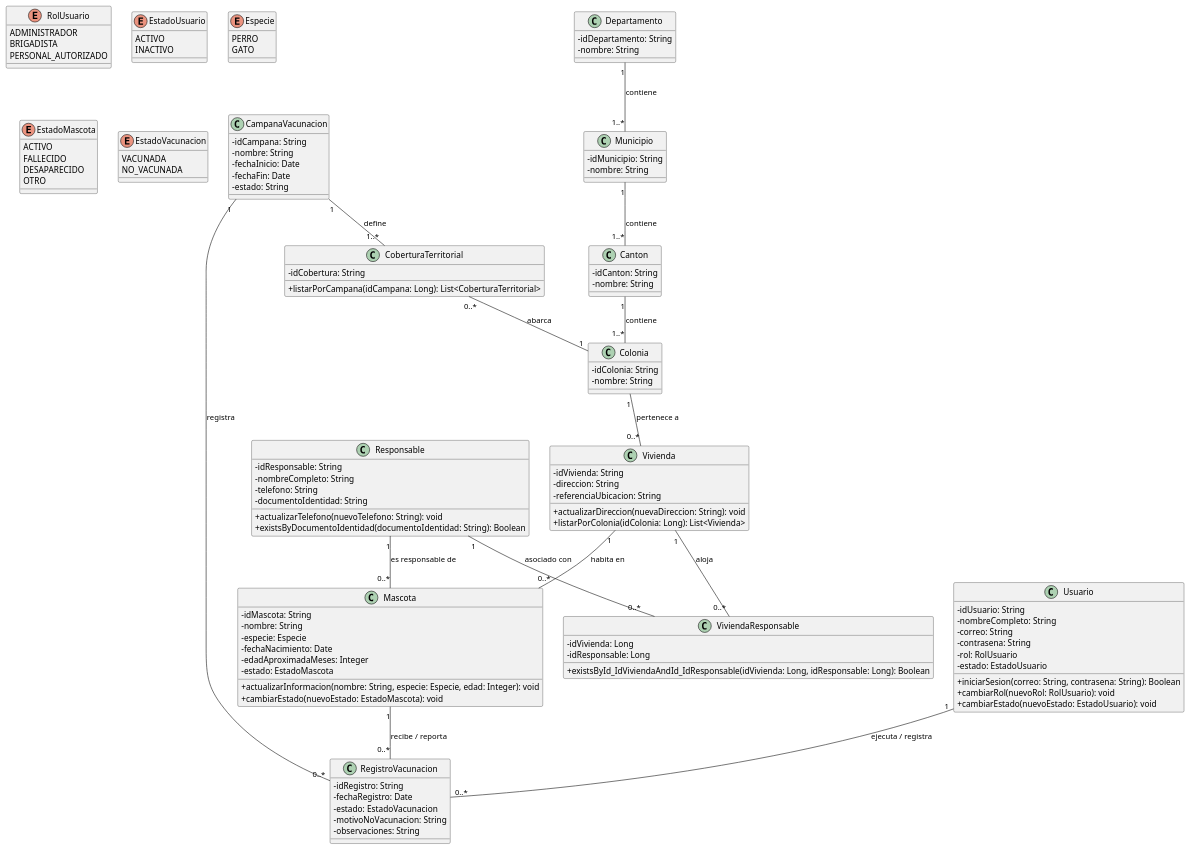
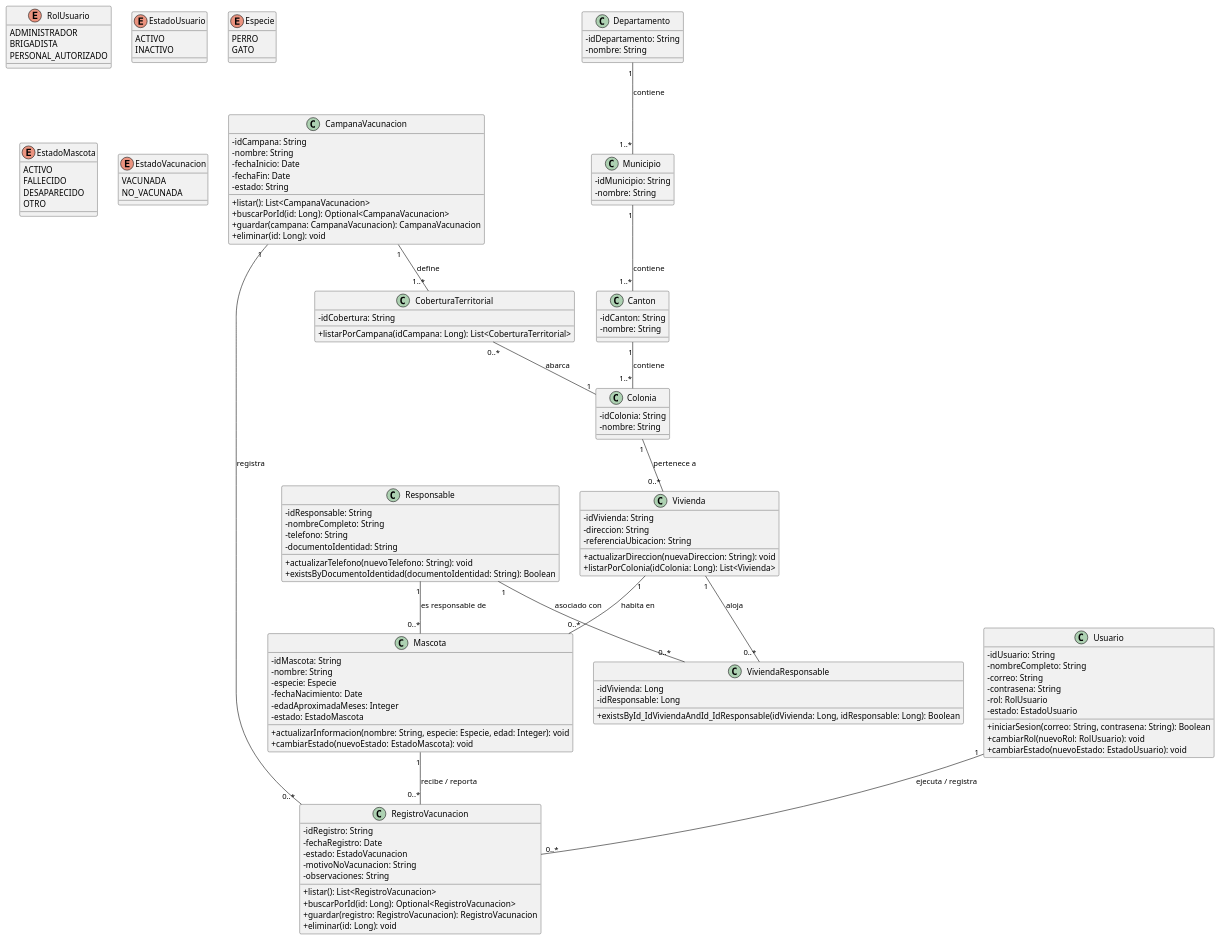
Before and after one commit to Alfredo2809/SISTEMA-DE-VACUNACION-ANIMAL: the diagram in src/main/Diagramas/Clases.puml, drawn with PlantUML.

Commit message:
VAC-21: Hector Anthony: Agregar metodos de Service en Clases.puml para CampanaVacunacion y RegistroVacunacion

```diff
--- a/src/main/Diagramas/Clases.puml
+++ b/src/main/Diagramas/Clases.puml
@@ -1,119 +1,128 @@
 @startuml
 skinparam classAttributeIconSize 0
 ' Enums (Valores en UPPER_SNAKE_CASE)
 enum RolUsuario {
   ADMINISTRADOR
   BRIGADISTA
   PERSONAL_AUTORIZADO
 }
 enum EstadoUsuario {
   ACTIVO
   INACTIVO
 }
 enum Especie {
   PERRO
   GATO
 }
 enum EstadoMascota {
   ACTIVO
   FALLECIDO
   DESAPARECIDO
   OTRO
 }
 ' Nuevo enumerador para clasificar el estado de la vacunación
 enum EstadoVacunacion {
   VACUNADA
   NO_VACUNADA
 }
 ' Clases Principales (UpperCamelCase)
 class CampanaVacunacion {
   - idCampana: String
   - nombre: String
   - fechaInicio: Date
   - fechaFin: Date
   - estado: String
+  + listar(): List<CampanaVacunacion>
+    + buscarPorId(id: Long): Optional<CampanaVacunacion>
+    + guardar(campana: CampanaVacunacion): CampanaVacunacion
+    + eliminar(id: Long): void
 }
 class CoberturaTerritorial {
   - idCobertura: String
   + listarPorCampana(idCampana: Long): List<CoberturaTerritorial>
 }
 class Departamento {
   - idDepartamento: String
   - nombre: String
 }
 class Municipio {
   - idMunicipio: String
   - nombre: String
 }
 class Canton {
   - idCanton: String
   - nombre: String
 }
 class Colonia {
   - idColonia: String
   - nombre: String
 }
 class Vivienda {
   - idVivienda: String
   - direccion: String
   - referenciaUbicacion: String
   + actualizarDireccion(nuevaDireccion: String): void
   + listarPorColonia(idColonia: Long): List<Vivienda>
 }
 class Responsable {
   - idResponsable: String
   - nombreCompleto: String
   - telefono: String
   - documentoIdentidad: String
   + actualizarTelefono(nuevoTelefono: String): void
   + existsByDocumentoIdentidad(documentoIdentidad: String): Boolean
 }
 class ViviendaResponsable {
   - idVivienda: Long
   - idResponsable: Long
   + existsById_IdViviendaAndId_IdResponsable(idVivienda: Long, idResponsable: Long): Boolean
 }
 class Mascota {
   - idMascota: String
   - nombre: String
   - especie: Especie
   - fechaNacimiento: Date
   - edadAproximadaMeses: Integer
   - estado: EstadoMascota
   + actualizarInformacion(nombre: String, especie: Especie, edad: Integer): void
   + cambiarEstado(nuevoEstado: EstadoMascota): void
 }
 class Usuario {
   - idUsuario: String
   - nombreCompleto: String
   - correo: String
   - contrasena: String
   - rol: RolUsuario
   - estado: EstadoUsuario
   + iniciarSesion(correo: String, contrasena: String): Boolean
   + cambiarRol(nuevoRol: RolUsuario): void
   + cambiarEstado(nuevoEstado: EstadoUsuario): void
 }
 ' Clase unificada para los registros
 class RegistroVacunacion {
   - idRegistro: String
   - fechaRegistro: Date
   - estado: EstadoVacunacion
   - motivoNoVacunacion: String
   - observaciones: String
+  + listar(): List<RegistroVacunacion>
+    + buscarPorId(id: Long): Optional<RegistroVacunacion>
+    + guardar(registro: RegistroVacunacion): RegistroVacunacion
+    + eliminar(id: Long): void
 }
+
 ' Relaciones y Jerarquías
 Departamento "1" -- "1..*" Municipio : contiene
 Municipio "1" -- "1..*" Canton : contiene
 Canton "1" -- "1..*" Colonia : contiene
 Colonia "1" -- "0..*" Vivienda : pertenece a
 Vivienda "1" -- "0..*" Mascota : habita en
 Responsable "1" -- "0..*" Mascota : es responsable de
 Responsable "1" -- "0..*" ViviendaResponsable : asociado con
 Vivienda "1" -- "0..*" ViviendaResponsable : aloja
 CampanaVacunacion "1" -- "1..*" CoberturaTerritorial : define
 CoberturaTerritorial "0..*" -- "1" Colonia : abarca
 Usuario "1" -- "0..*" RegistroVacunacion : ejecuta / registra
 CampanaVacunacion "1" -- "0..*" RegistroVacunacion : registra
 Mascota "1" -- "0..*" RegistroVacunacion : recibe / reporta
 @enduml
```
